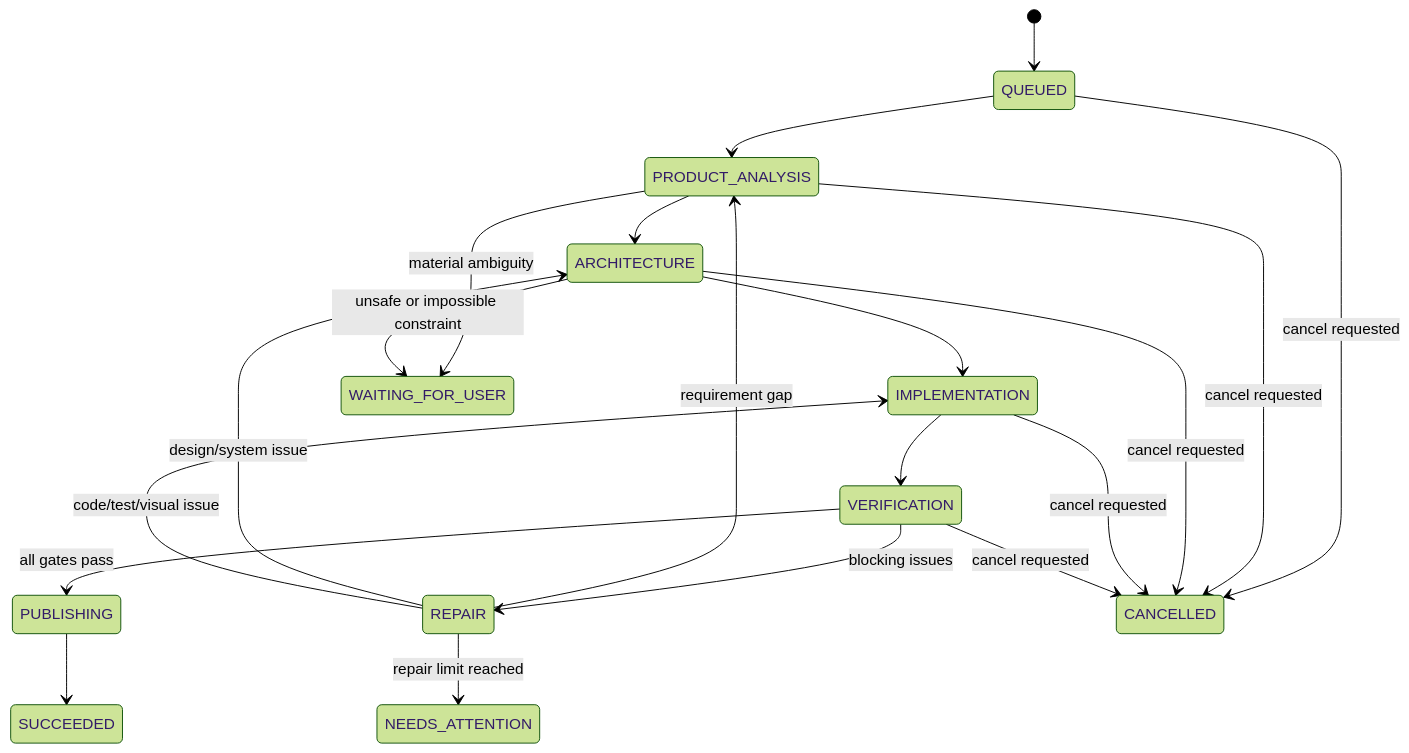
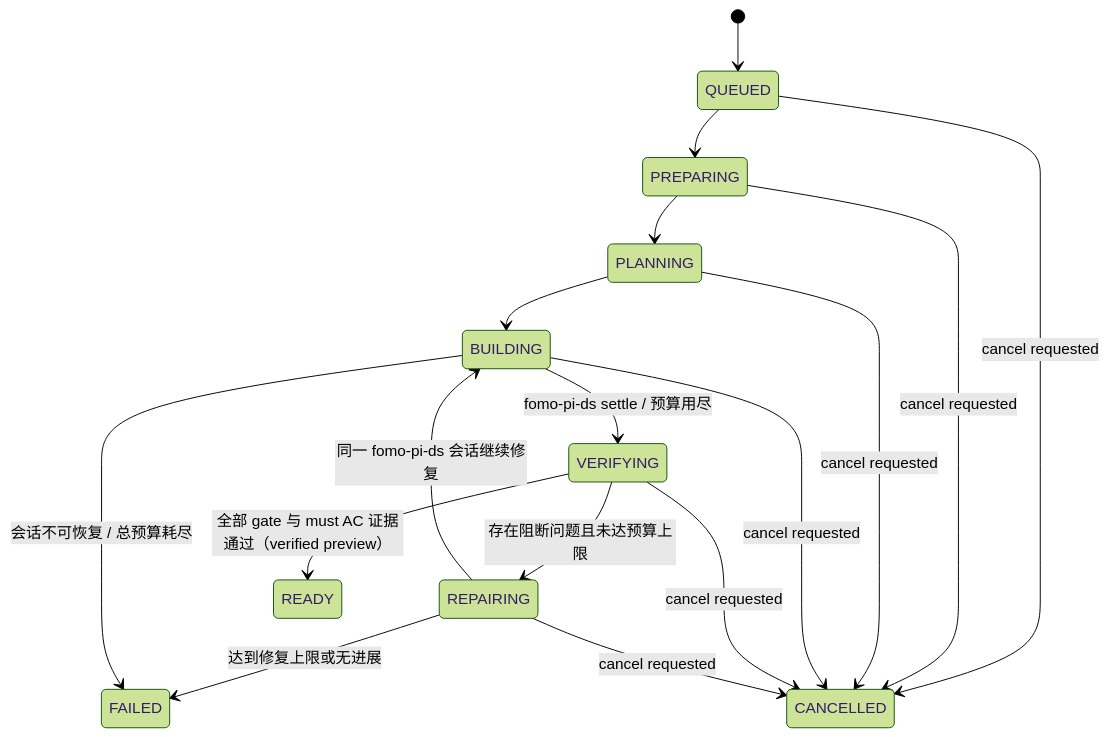
Before and after one commit to hupicake/fomo-demo: the second of 2 diagrams in DESIGN.md, drawn with Mermaid (forest theme). The commit also changed other lines of this file, not shown here.

Commit message:
docs: adopt direct Pi runtime architecture

````diff
--- a/DESIGN.md
+++ b/DESIGN.md
@@ -308,22 +323,19 @@
 ```mermaid
 stateDiagram-v2
     [*] --> QUEUED
-    QUEUED --> PRODUCT_ANALYSIS
-    PRODUCT_ANALYSIS --> ARCHITECTURE
-    ARCHITECTURE --> IMPLEMENTATION
-    IMPLEMENTATION --> VERIFICATION
-    VERIFICATION --> REPAIR: blocking issues
-    REPAIR --> PRODUCT_ANALYSIS: requirement gap
-    REPAIR --> ARCHITECTURE: design/system issue
-    REPAIR --> IMPLEMENTATION: code/test/visual issue
-    VERIFICATION --> PUBLISHING: all gates pass
-    PUBLISHING --> SUCCEEDED
-    PRODUCT_ANALYSIS --> WAITING_FOR_USER: material ambiguity
-    ARCHITECTURE --> WAITING_FOR_USER: unsafe or impossible constraint
-    REPAIR --> NEEDS_ATTENTION: repair limit reached
+    QUEUED --> PREPARING
+    PREPARING --> PLANNING
+    PLANNING --> BUILDING
+    BUILDING --> VERIFYING: fomo-pi-ds settle / 预算用尽
+    VERIFYING --> REPAIRING: 存在阻断问题且未达预算上限
+    REPAIRING --> BUILDING: 同一 fomo-pi-ds 会话继续修复
+    VERIFYING --> READY: 全部 gate 与 must AC 证据通过（verified preview）
     QUEUED --> CANCELLED: cancel requested
-    PRODUCT_ANALYSIS --> CANCELLED: cancel requested
-    ARCHITECTURE --> CANCELLED: cancel requested
-    IMPLEMENTATION --> CANCELLED: cancel requested
-    VERIFICATION --> CANCELLED: cancel requested
+    PREPARING --> CANCELLED: cancel requested
+    PLANNING --> CANCELLED: cancel requested
+    BUILDING --> CANCELLED: cancel requested
+    VERIFYING --> CANCELLED: cancel requested
+    REPAIRING --> CANCELLED: cancel requested
+    REPAIRING --> FAILED: 达到修复上限或无进展
+    BUILDING --> FAILED: 会话不可恢复 / 总预算耗尽
 ```
````
